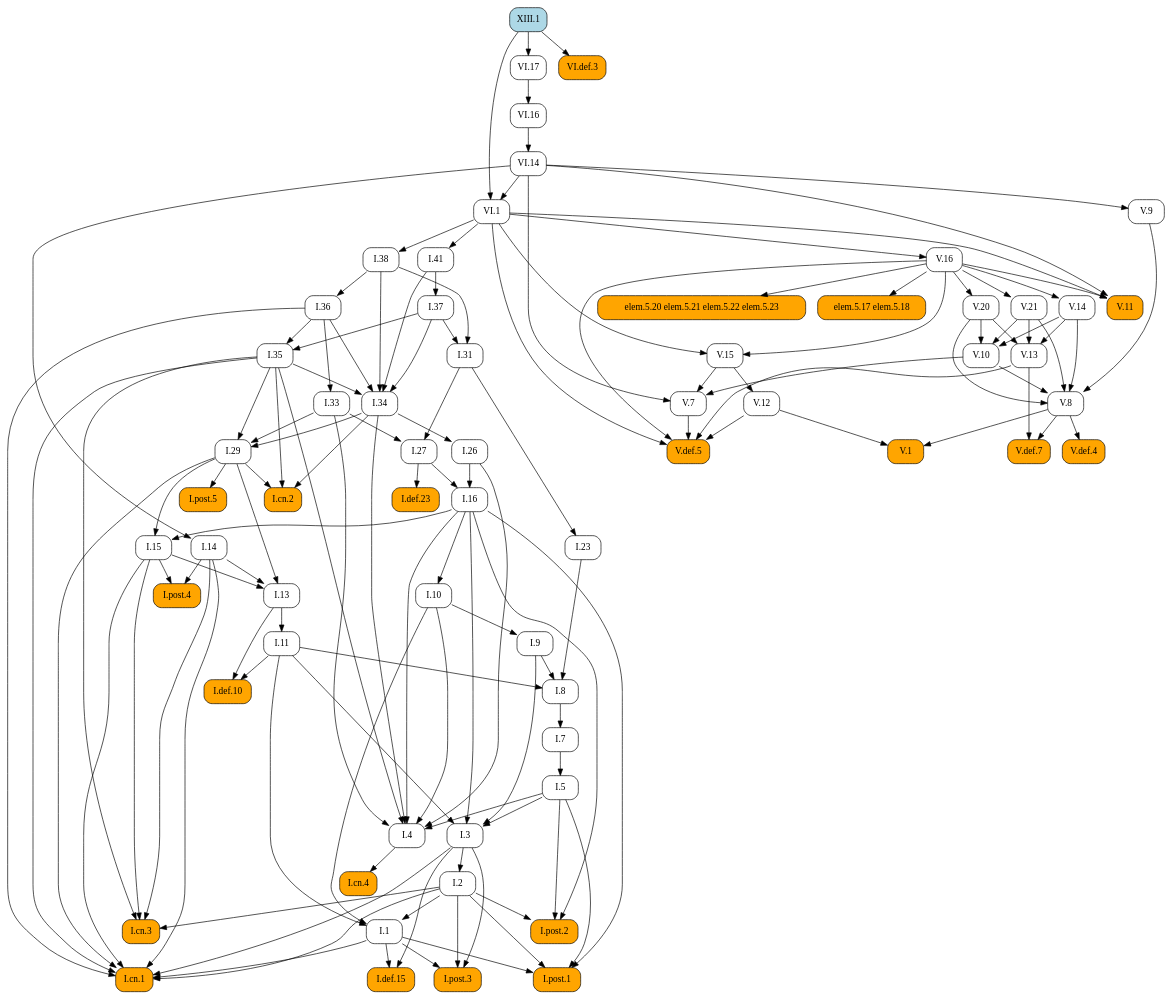
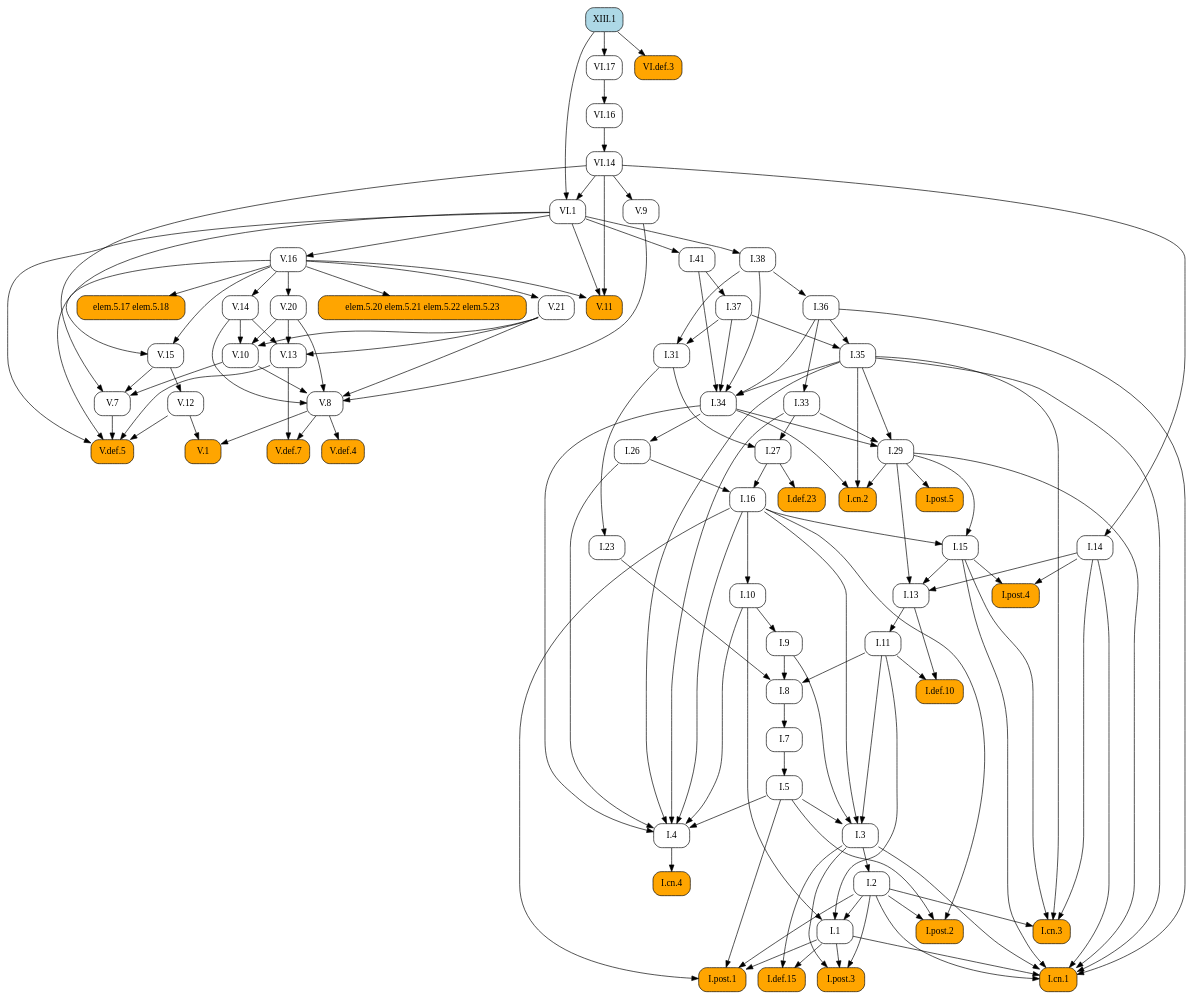
One commit to geometor/elements changed the diagram in docsrc/heath/XIII/1/index.rst. Above: the diagram before and after it, drawn with Graphviz. The commit also changed other lines of this file and 484 other files, not shown here.

```diff
--- a/docsrc/heath/XIII/1/index.rst
+++ b/docsrc/heath/XIII/1/index.rst
@@ -51,109 +51,127 @@
    digraph {
      rankdir="TB";
      node [shape=box, style=rounded];
-     "I.def.10" [style="rounded,filled", fillcolor=orange, URL="/heath/I/def.10/", target="_top"];
-     "I.11" [URL="/heath/I/11/", target="_top"];
-     "I.post.4" [style="rounded,filled", fillcolor=orange, URL="/heath/I/post.4/", target="_top"];
-     "I.1" [URL="/heath/I/1/", target="_top"];
-     "I.26" [URL="/heath/I/26/", target="_top"];
+     "V.16" [URL="/heath/V/16/", target="_top"];
+     "I.23" [URL="/heath/I/23/", target="_top"];
+     "I.9" [URL="/heath/I/9/", target="_top"];
+     "I.33" [URL="/heath/I/33/", target="_top"];
+     "I.def.15" [style="rounded,filled", fillcolor=orange, URL="/heath/I/def.15/", target="_top"];
+     "V.13" [URL="/heath/V/13/", target="_top"];
+     "V.7" [URL="/heath/V/7/", target="_top"];
+     "elem.5.17 elem.5.18" [style="rounded,filled", fillcolor=orange];
+     "I.post.3" [style="rounded,filled", fillcolor=orange, URL="/heath/I/post.3/", target="_top"];
+     "I.post.1" [style="rounded,filled", fillcolor=orange, URL="/heath/I/post.1/", target="_top"];
      "V.14" [URL="/heath/V/14/", target="_top"];
      "V.def.5" [style="rounded,filled", fillcolor=orange, URL="/heath/V/def.5/", target="_top"];
+     "V.9" [URL="/heath/V/9/", target="_top"];
+     "VI.def.3" [style="rounded,filled", fillcolor=orange, URL="/heath/VI/def.3/", target="_top"];
+     "I.31" [URL="/heath/I/31/", target="_top"];
+     "V.10" [URL="/heath/V/10/", target="_top"];
+     "I.def.10" [style="rounded,filled", fillcolor=orange, URL="/heath/I/def.10/", target="_top"];
+     "VI.1" [URL="/heath/VI/1/", target="_top"];
+     "V.20" [URL="/heath/V/20/", target="_top"];
+     "VI.14" [URL="/heath/VI/14/", target="_top"];
+     "I.27" [URL="/heath/I/27/", target="_top"];
+     "XIII.1" [style="rounded,filled", fillcolor=lightblue, URL="/heath/XIII/1/", target="_top"];
+     "I.14" [URL="/heath/I/14/", target="_top"];
+     "V.11" [style="rounded,filled", fillcolor=orange, URL="/heath/V/11/", target="_top"];
+     "elem.5.20 elem.5.21 elem.5.22 elem.5.23" [style="rounded,filled", fillcolor=orange];
+     "V.12" [URL="/heath/V/12/", target="_top"];
+     "I.34" [URL="/heath/I/34/", target="_top"];
+     "I.3" [URL="/heath/I/3/", target="_top"];
+     "V.def.4" [style="rounded,filled", fillcolor=orange, URL="/heath/V/def.4/", target="_top"];
+     "I.35" [URL="/heath/I/35/", target="_top"];
+     "I.cn.1" [style="rounded,filled", fillcolor=orange, URL="/heath/I/cn.1/", target="_top"];
+     "V.def.7" [style="rounded,filled", fillcolor=orange, URL="/heath/V/def.7/", target="_top"];
+     "I.7" [URL="/heath/I/7/", target="_top"];
+     "V.21" [URL="/heath/V/21/", target="_top"];
+     "I.2" [URL="/heath/I/2/", target="_top"];
+     "I.36" [URL="/heath/I/36/", target="_top"];
+     "I.13" [URL="/heath/I/13/", target="_top"];
+     "I.post.4" [style="rounded,filled", fillcolor=orange, URL="/heath/I/post.4/", target="_top"];
+     "I.4" [URL="/heath/I/4/", target="_top"];
+     "I.1" [URL="/heath/I/1/", target="_top"];
+     "I.5" [URL="/heath/I/5/", target="_top"];
+     "I.37" [URL="/heath/I/37/", target="_top"];
+     "I.8" [URL="/heath/I/8/", target="_top"];
      "I.29" [URL="/heath/I/29/", target="_top"];
-     "V.12" [URL="/heath/V/12/", target="_top"];
+     "I.cn.3" [style="rounded,filled", fillcolor=orange, URL="/heath/I/cn.3/", target="_top"];
+     "I.16" [URL="/heath/I/16/", target="_top"];
+     "I.38" [URL="/heath/I/38/", target="_top"];
+     "V.8" [URL="/heath/V/8/", target="_top"];
+     "I.15" [URL="/heath/I/15/", target="_top"];
+     "V.1" [style="rounded,filled", fillcolor=orange, URL="/heath/V/1/", target="_top"];
+     "I.10" [URL="/heath/I/10/", target="_top"];
+     "I.def.23" [style="rounded,filled", fillcolor=orange, URL="/heath/I/def.23/", target="_top"];
+     "I.11" [URL="/heath/I/11/", target="_top"];
      "I.cn.2" [style="rounded,filled", fillcolor=orange, URL="/heath/I/cn.2/", target="_top"];
-     "V.20" [URL="/heath/V/20/", target="_top"];
-     "V.10" [URL="/heath/V/10/", target="_top"];
-     "V.11" [style="rounded,filled", fillcolor=orange, URL="/heath/V/11/", target="_top"];
-     "V.13" [URL="/heath/V/13/", target="_top"];
-     "I.def.15" [style="rounded,filled", fillcolor=orange, URL="/heath/I/def.15/", target="_top"];
+     "I.post.5" [style="rounded,filled", fillcolor=orange, URL="/heath/I/post.5/", target="_top"];
+     "VI.17" [URL="/heath/VI/17/", target="_top"];
+     "I.cn.4" [style="rounded,filled", fillcolor=orange, URL="/heath/I/cn.4/", target="_top"];
+     "I.41" [URL="/heath/I/41/", target="_top"];
      "V.15" [URL="/heath/V/15/", target="_top"];
-     "VI.1" [URL="/heath/VI/1/", target="_top"];
-     "I.post.3" [style="rounded,filled", fillcolor=orange, URL="/heath/I/post.3/", target="_top"];
-     "I.cn.1" [style="rounded,filled", fillcolor=orange, URL="/heath/I/cn.1/", target="_top"];
-     "I.cn.3" [style="rounded,filled", fillcolor=orange, URL="/heath/I/cn.3/", target="_top"];
-     "V.7" [URL="/heath/V/7/", target="_top"];
-     "VI.17" [URL="/heath/VI/17/", target="_top"];
-     "I.14" [URL="/heath/I/14/", target="_top"];
-     "V.16" [URL="/heath/V/16/", target="_top"];
-     "V.9" [URL="/heath/V/9/", target="_top"];
-     "I.23" [URL="/heath/I/23/", target="_top"];
-     "XIII.1" [style="rounded,filled", fillcolor=lightblue, URL="/heath/XIII/1/", target="_top"];
-     "I.post.1" [style="rounded,filled", fillcolor=orange, URL="/heath/I/post.1/", target="_top"];
-     "I.35" [URL="/heath/I/35/", target="_top"];
-     "I.41" [URL="/heath/I/41/", target="_top"];
-     "I.36" [URL="/heath/I/36/", target="_top"];
-     "I.27" [URL="/heath/I/27/", target="_top"];
-     "V.8" [URL="/heath/V/8/", target="_top"];
-     "I.37" [URL="/heath/I/37/", target="_top"];
-     "I.34" [URL="/heath/I/34/", target="_top"];
-     "I.7" [URL="/heath/I/7/", target="_top"];
-     "I.3" [URL="/heath/I/3/", target="_top"];
-     "I.2" [URL="/heath/I/2/", target="_top"];
-     "I.4" [URL="/heath/I/4/", target="_top"];
-     "I.def.23" [style="rounded,filled", fillcolor=orange, URL="/heath/I/def.23/", target="_top"];
-     "I.13" [URL="/heath/I/13/", target="_top"];
-     "I.33" [URL="/heath/I/33/", target="_top"];
-     "I.31" [URL="/heath/I/31/", target="_top"];
      "I.post.2" [style="rounded,filled", fillcolor=orange, URL="/heath/I/post.2/", target="_top"];
-     "V.1" [style="rounded,filled", fillcolor=orange, URL="/heath/V/1/", target="_top"];
-     "I.16" [URL="/heath/I/16/", target="_top"];
-     "elem.5.20 elem.5.21 elem.5.22 elem.5.23" [style="rounded,filled", fillcolor=orange];
-     "elem.5.17 elem.5.18" [style="rounded,filled", fillcolor=orange];
-     "VI.def.3" [style="rounded,filled", fillcolor=orange, URL="/heath/VI/def.3/", target="_top"];
-     "I.9" [URL="/heath/I/9/", target="_top"];
-     "I.8" [URL="/heath/I/8/", target="_top"];
-     "I.cn.4" [style="rounded,filled", fillcolor=orange, URL="/heath/I/cn.4/", target="_top"];
+     "I.26" [URL="/heath/I/26/", target="_top"];
      "VI.16" [URL="/heath/VI/16/", target="_top"];
-     "VI.14" [URL="/heath/VI/14/", target="_top"];
-     "V.def.4" [style="rounded,filled", fillcolor=orange, URL="/heath/V/def.4/", target="_top"];
-     "I.15" [URL="/heath/I/15/", target="_top"];
-     "I.post.5" [style="rounded,filled", fillcolor=orange, URL="/heath/I/post.5/", target="_top"];
-     "I.38" [URL="/heath/I/38/", target="_top"];
-     "V.def.7" [style="rounded,filled", fillcolor=orange, URL="/heath/V/def.7/", target="_top"];
-     "I.10" [URL="/heath/I/10/", target="_top"];
-     "I.5" [URL="/heath/I/5/", target="_top"];
-     "V.21" [URL="/heath/V/21/", target="_top"];
-     "I.11" -> "I.def.10";
-     "I.13" -> "I.def.10";
-     "I.13" -> "I.11";
-     "I.14" -> "I.post.4";
-     "I.15" -> "I.post.4";
-     "I.2" -> "I.1";
-     "I.10" -> "I.1";
-     "I.11" -> "I.1";
-     "I.34" -> "I.26";
+     "VI.1" -> "V.16";
+     "I.31" -> "I.23";
+     "I.10" -> "I.9";
+     "I.36" -> "I.33";
+     "I.1" -> "I.def.15";
+     "I.3" -> "I.def.15";
+     "V.14" -> "V.13";
+     "V.20" -> "V.13";
+     "V.21" -> "V.13";
+     "V.10" -> "V.7";
+     "V.15" -> "V.7";
+     "VI.14" -> "V.7";
+     "V.16" -> "elem.5.17 elem.5.18";
+     "I.1" -> "I.post.3";
+     "I.2" -> "I.post.3";
+     "I.3" -> "I.post.3";
+     "I.1" -> "I.post.1";
+     "I.2" -> "I.post.1";
+     "I.5" -> "I.post.1";
+     "I.16" -> "I.post.1";
      "V.16" -> "V.14";
      "V.7" -> "V.def.5";
      "V.12" -> "V.def.5";
      "V.13" -> "V.def.5";
      "V.16" -> "V.def.5";
      "VI.1" -> "V.def.5";
-     "I.33" -> "I.29";
-     "I.34" -> "I.29";
-     "I.35" -> "I.29";
-     "V.15" -> "V.12";
-     "I.29" -> "I.cn.2";
-     "I.34" -> "I.cn.2";
-     "I.35" -> "I.cn.2";
-     "V.16" -> "V.20";
+     "VI.14" -> "V.9";
+     "XIII.1" -> "VI.def.3";
+     "I.37" -> "I.31";
+     "I.38" -> "I.31";
      "V.14" -> "V.10";
      "V.20" -> "V.10";
      "V.21" -> "V.10";
+     "I.11" -> "I.def.10";
+     "I.13" -> "I.def.10";
+     "VI.14" -> "VI.1";
+     "XIII.1" -> "VI.1";
+     "V.16" -> "V.20";
+     "VI.16" -> "VI.14";
+     "I.31" -> "I.27";
+     "I.33" -> "I.27";
+     "VI.14" -> "I.14";
      "V.16" -> "V.11";
      "VI.1" -> "V.11";
      "VI.14" -> "V.11";
-     "V.14" -> "V.13";
-     "V.20" -> "V.13";
-     "V.21" -> "V.13";
-     "I.1" -> "I.def.15";
-     "I.3" -> "I.def.15";
-     "V.16" -> "V.15";
-     "VI.1" -> "V.15";
-     "VI.14" -> "VI.1";
-     "XIII.1" -> "VI.1";
-     "I.1" -> "I.post.3";
-     "I.2" -> "I.post.3";
-     "I.3" -> "I.post.3";
+     "V.16" -> "elem.5.20 elem.5.21 elem.5.22 elem.5.23";
+     "V.15" -> "V.12";
+     "I.35" -> "I.34";
+     "I.36" -> "I.34";
+     "I.37" -> "I.34";
+     "I.38" -> "I.34";
+     "I.41" -> "I.34";
+     "I.5" -> "I.3";
+     "I.9" -> "I.3";
+     "I.11" -> "I.3";
+     "I.16" -> "I.3";
+     "V.8" -> "V.def.4";
+     "I.36" -> "I.35";
+     "I.37" -> "I.35";
      "I.1" -> "I.cn.1";
      "I.2" -> "I.cn.1";
      "I.3" -> "I.cn.1";
@@ -162,45 +180,17 @@
      "I.29" -> "I.cn.1";
      "I.35" -> "I.cn.1";
      "I.36" -> "I.cn.1";
-     "I.2" -> "I.cn.3";
-     "I.14" -> "I.cn.3";
-     "I.15" -> "I.cn.3";
-     "I.35" -> "I.cn.3";
-     "V.10" -> "V.7";
-     "V.15" -> "V.7";
-     "VI.14" -> "V.7";
-     "XIII.1" -> "VI.17";
-     "VI.14" -> "I.14";
-     "VI.1" -> "V.16";
-     "VI.14" -> "V.9";
-     "I.31" -> "I.23";
-     "I.1" -> "I.post.1";
-     "I.2" -> "I.post.1";
-     "I.5" -> "I.post.1";
-     "I.16" -> "I.post.1";
-     "I.36" -> "I.35";
-     "I.37" -> "I.35";
-     "VI.1" -> "I.41";
+     "V.8" -> "V.def.7";
+     "V.13" -> "V.def.7";
+     "I.8" -> "I.7";
+     "V.16" -> "V.21";
+     "I.3" -> "I.2";
      "I.38" -> "I.36";
-     "I.31" -> "I.27";
-     "I.33" -> "I.27";
-     "V.9" -> "V.8";
-     "V.10" -> "V.8";
-     "V.14" -> "V.8";
-     "V.20" -> "V.8";
-     "V.21" -> "V.8";
-     "I.41" -> "I.37";
-     "I.35" -> "I.34";
-     "I.36" -> "I.34";
-     "I.37" -> "I.34";
-     "I.38" -> "I.34";
-     "I.41" -> "I.34";
-     "I.8" -> "I.7";
-     "I.5" -> "I.3";
-     "I.9" -> "I.3";
-     "I.11" -> "I.3";
-     "I.16" -> "I.3";
-     "I.3" -> "I.2";
+     "I.14" -> "I.13";
+     "I.15" -> "I.13";
+     "I.29" -> "I.13";
+     "I.14" -> "I.post.4";
+     "I.15" -> "I.post.4";
      "I.5" -> "I.4";
      "I.10" -> "I.4";
      "I.16" -> "I.4";
@@ -208,38 +198,48 @@
      "I.33" -> "I.4";
      "I.34" -> "I.4";
      "I.35" -> "I.4";
+     "I.2" -> "I.1";
+     "I.10" -> "I.1";
+     "I.11" -> "I.1";
+     "I.7" -> "I.5";
+     "I.41" -> "I.37";
+     "I.9" -> "I.8";
+     "I.11" -> "I.8";
+     "I.23" -> "I.8";
+     "I.33" -> "I.29";
+     "I.34" -> "I.29";
+     "I.35" -> "I.29";
+     "I.2" -> "I.cn.3";
+     "I.14" -> "I.cn.3";
+     "I.15" -> "I.cn.3";
+     "I.35" -> "I.cn.3";
+     "I.26" -> "I.16";
+     "I.27" -> "I.16";
+     "VI.1" -> "I.38";
+     "V.9" -> "V.8";
+     "V.10" -> "V.8";
+     "V.14" -> "V.8";
+     "V.20" -> "V.8";
+     "V.21" -> "V.8";
+     "I.16" -> "I.15";
+     "I.29" -> "I.15";
+     "V.8" -> "V.1";
+     "V.12" -> "V.1";
+     "I.16" -> "I.10";
      "I.27" -> "I.def.23";
-     "I.14" -> "I.13";
-     "I.15" -> "I.13";
-     "I.29" -> "I.13";
-     "I.36" -> "I.33";
-     "I.37" -> "I.31";
-     "I.38" -> "I.31";
+     "I.13" -> "I.11";
+     "I.29" -> "I.cn.2";
+     "I.34" -> "I.cn.2";
+     "I.35" -> "I.cn.2";
+     "I.29" -> "I.post.5";
+     "XIII.1" -> "VI.17";
+     "I.4" -> "I.cn.4";
+     "VI.1" -> "I.41";
+     "V.16" -> "V.15";
+     "VI.1" -> "V.15";
      "I.2" -> "I.post.2";
      "I.5" -> "I.post.2";
      "I.16" -> "I.post.2";
-     "V.8" -> "V.1";
-     "V.12" -> "V.1";
-     "I.26" -> "I.16";
-     "I.27" -> "I.16";
-     "V.16" -> "elem.5.20 elem.5.21 elem.5.22 elem.5.23";
-     "V.16" -> "elem.5.17 elem.5.18";
-     "XIII.1" -> "VI.def.3";
-     "I.10" -> "I.9";
-     "I.9" -> "I.8";
-     "I.11" -> "I.8";
-     "I.23" -> "I.8";
-     "I.4" -> "I.cn.4";
+     "I.34" -> "I.26";
      "VI.17" -> "VI.16";
-     "VI.16" -> "VI.14";
-     "V.8" -> "V.def.4";
-     "I.16" -> "I.15";
-     "I.29" -> "I.15";
-     "I.29" -> "I.post.5";
-     "VI.1" -> "I.38";
-     "V.8" -> "V.def.7";
-     "V.13" -> "V.def.7";
-     "I.16" -> "I.10";
-     "I.7" -> "I.5";
-     "V.16" -> "V.21";
    }
```
